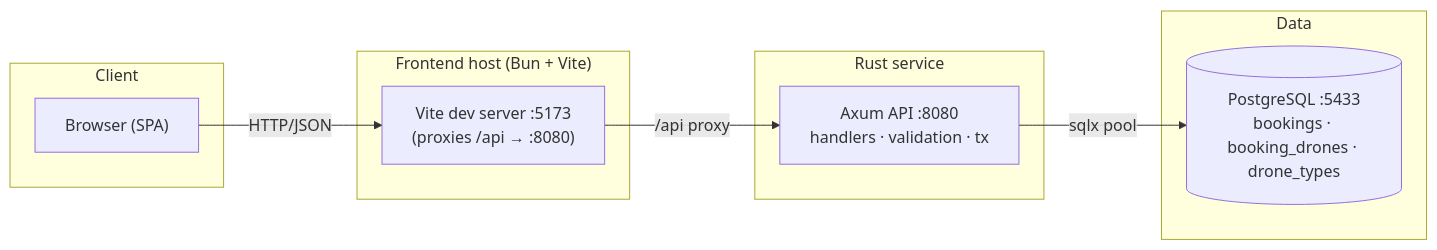
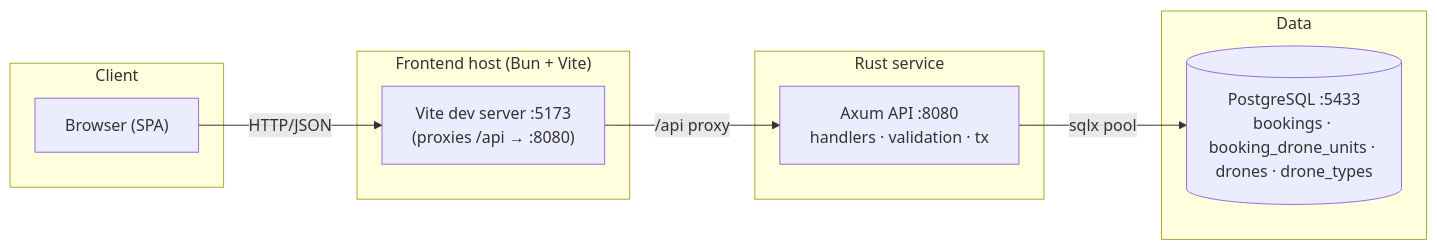
One commit to najibuhuy/book-my-drone changed the first of 3 diagrams in docs/ARCHITECTURE.md. Above: the diagram before and after it, drawn with Mermaid. The commit also changed other lines of this file and 14 other files, not shown here.

````diff
--- a/docs/ARCHITECTURE.md
+++ b/docs/ARCHITECTURE.md
@@ -26,19 +26,19 @@
 ```mermaid
 flowchart LR
   subgraph Client
     B["Browser (SPA)"]
   end
   subgraph Dev["Frontend host (Bun + Vite)"]
     V["Vite dev server :5173<br/>(proxies /api → :8080)"]
   end
   subgraph Backend["Rust service"]
     A["Axum API :8080<br/>handlers · validation · tx"]
   end
   subgraph Data
-    P[("PostgreSQL :5433<br/>bookings · booking_drones · drone_types")]
+    P[("PostgreSQL :5433<br/>bookings · booking_drone_units · drones · drone_types")]
   end
 
   B -->|HTTP/JSON| V
   V -->|/api proxy| A
   A -->|sqlx pool| P
 ```
````
